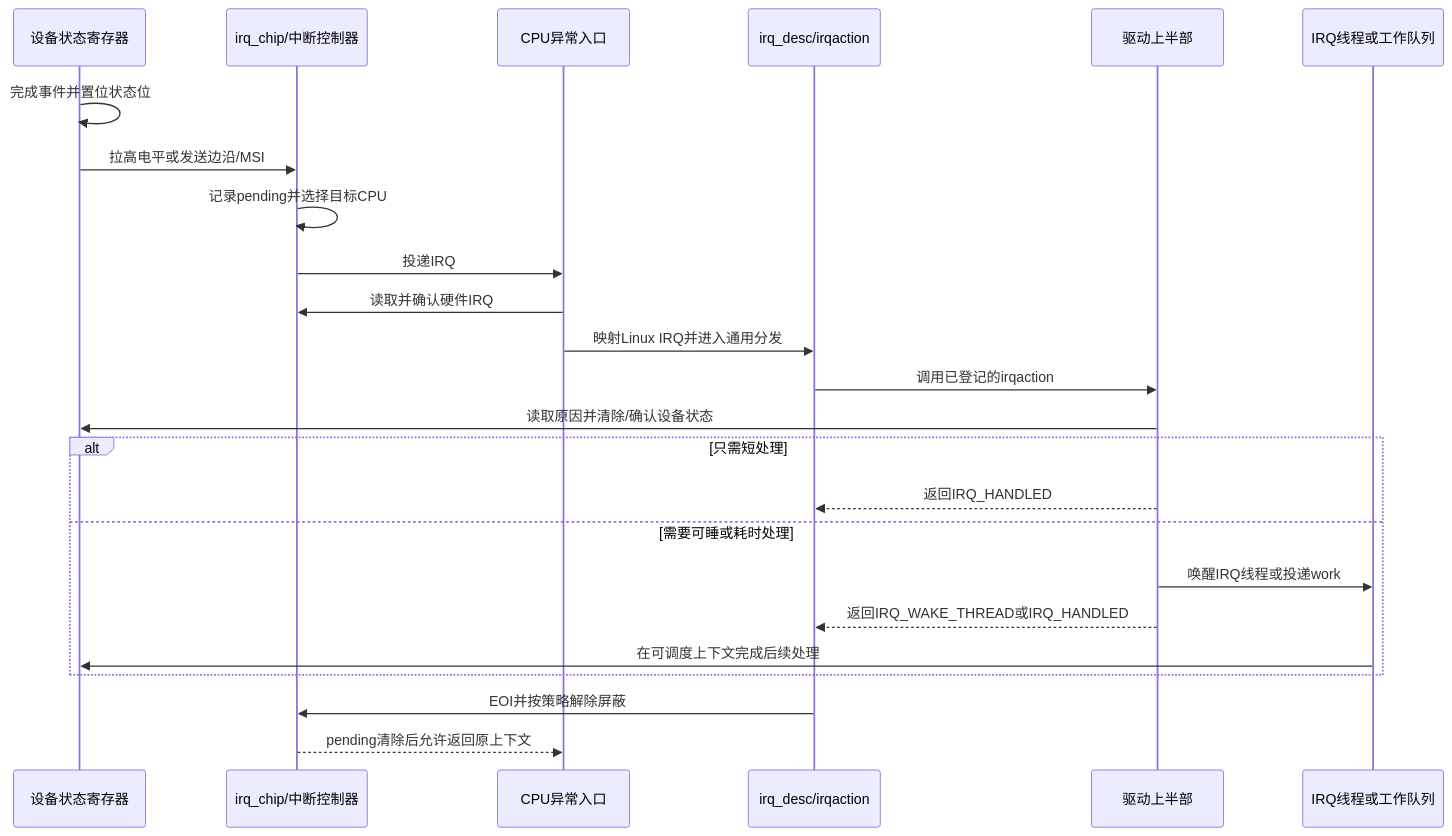
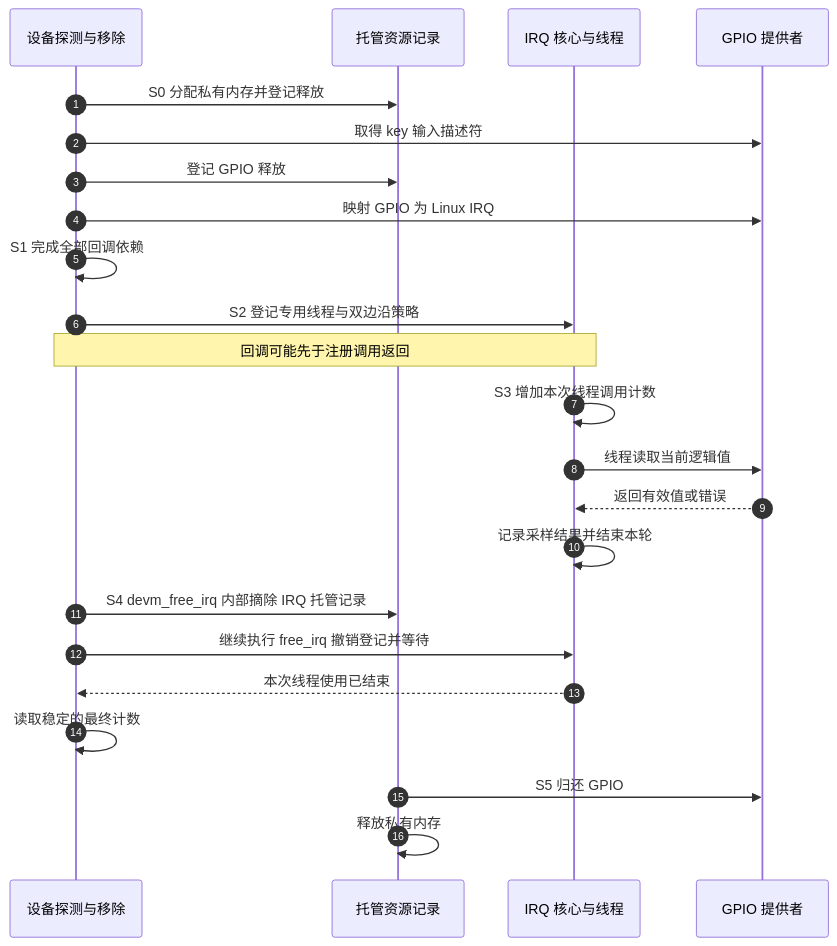
One commit to FormingSystem/linux_note changed the second of 2 diagrams in knowledge/linux/synchronization_and_asynchrony/asynchrony/interrupts/P04_Linux_驱动中的中断注册与接口.md. Above: the diagram before and after it, drawn with Mermaid. The commit also changed other lines of this file and 2 other files, not shown here.

````diff
--- a/knowledge/linux/synchronization_and_asynchrony/asynchrony/interrupts/P04_Linux_驱动中的中断注册与接口.md
+++ b/knowledge/linux/synchronization_and_asynchrony/asynchrony/interrupts/P04_Linux_驱动中的中断注册与接口.md
@@ -49,27 +280,25 @@
 ```mermaid
 sequenceDiagram
-    participant Device as 设备状态寄存器
-    participant Controller as irq_chip/中断控制器
-    participant Entry as CPU异常入口
-    participant Desc as irq_desc/irqaction
-    participant Handler as 驱动上半部
-    participant Deferred as IRQ线程或工作队列
-
-    Device->>Device: 完成事件并置位状态位
-    Device->>Controller: 拉高电平或发送边沿/MSI
-    Controller->>Controller: 记录pending并选择目标CPU
-    Controller->>Entry: 投递IRQ
-    Entry->>Controller: 读取并确认硬件IRQ
-    Entry->>Desc: 映射Linux IRQ并进入通用分发
-    Desc->>Handler: 调用已登记的irqaction
-    Handler->>Device: 读取原因并清除/确认设备状态
-    alt 只需短处理
-        Handler-->>Desc: 返回IRQ_HANDLED
-    else 需要可睡或耗时处理
-        Handler->>Deferred: 唤醒IRQ线程或投递work
-        Handler-->>Desc: 返回IRQ_WAKE_THREAD或IRQ_HANDLED
-        Deferred->>Device: 在可调度上下文完成后续处理
-    end
-    Desc->>Controller: EOI并按策略解除屏蔽
-    Controller-->>Entry: pending清除后允许返回原上下文
+    autonumber
+    participant P as 设备探测与移除
+    participant R as 托管资源记录
+    participant I as IRQ 核心与线程
+    participant G as GPIO 提供者
+    P->>R: S0 分配私有内存并登记释放
+    P->>G: 取得 key 输入描述符
+    P->>R: 登记 GPIO 释放
+    P->>G: 映射 GPIO 为 Linux IRQ
+    P->>P: S1 完成全部回调依赖
+    P->>I: S2 登记专用线程与双边沿策略
+    Note over P,I: 回调可能先于注册调用返回
+    I->>I: S3 增加本次线程调用计数
+    I->>G: 线程读取当前逻辑值
+    G-->>I: 返回有效值或错误
+    I->>I: 记录采样结果并结束本轮
+    P->>R: S4 devm_free_irq 内部摘除 IRQ 托管记录
+    P->>I: 继续执行 free_irq 撤销登记并等待
+    I-->>P: 本次线程使用已结束
+    P->>P: 读取稳定的最终计数
+    R->>G: S5 归还 GPIO
+    R->>R: 释放私有内存
 ```
````
